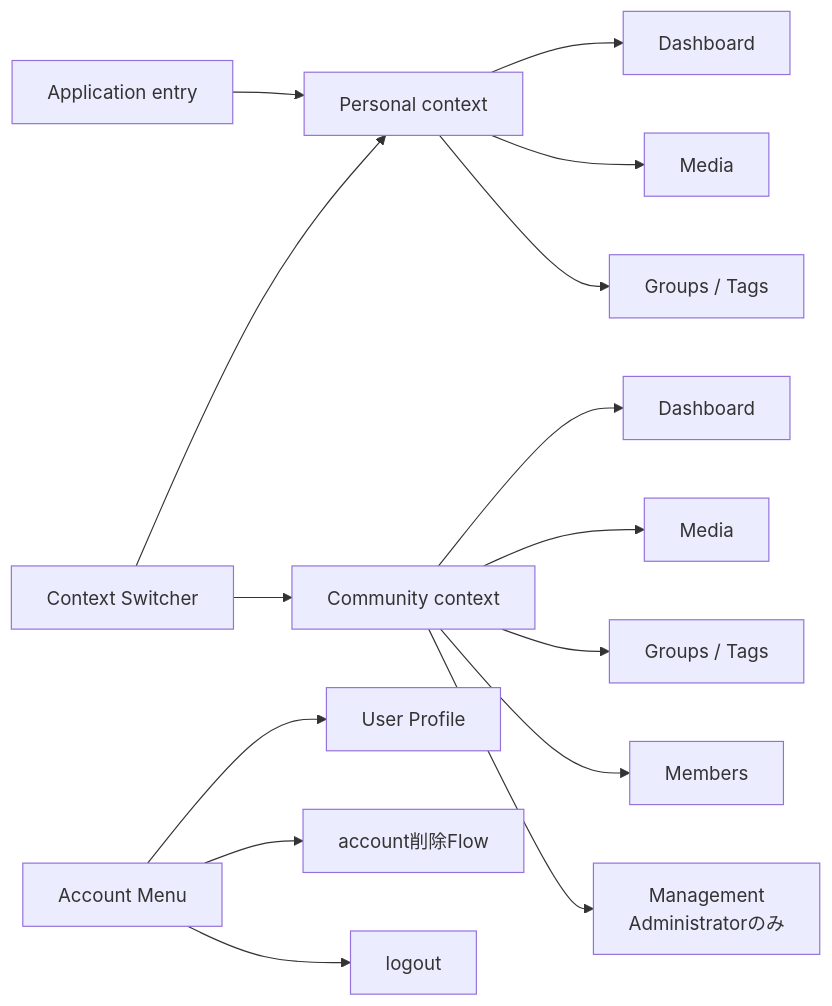
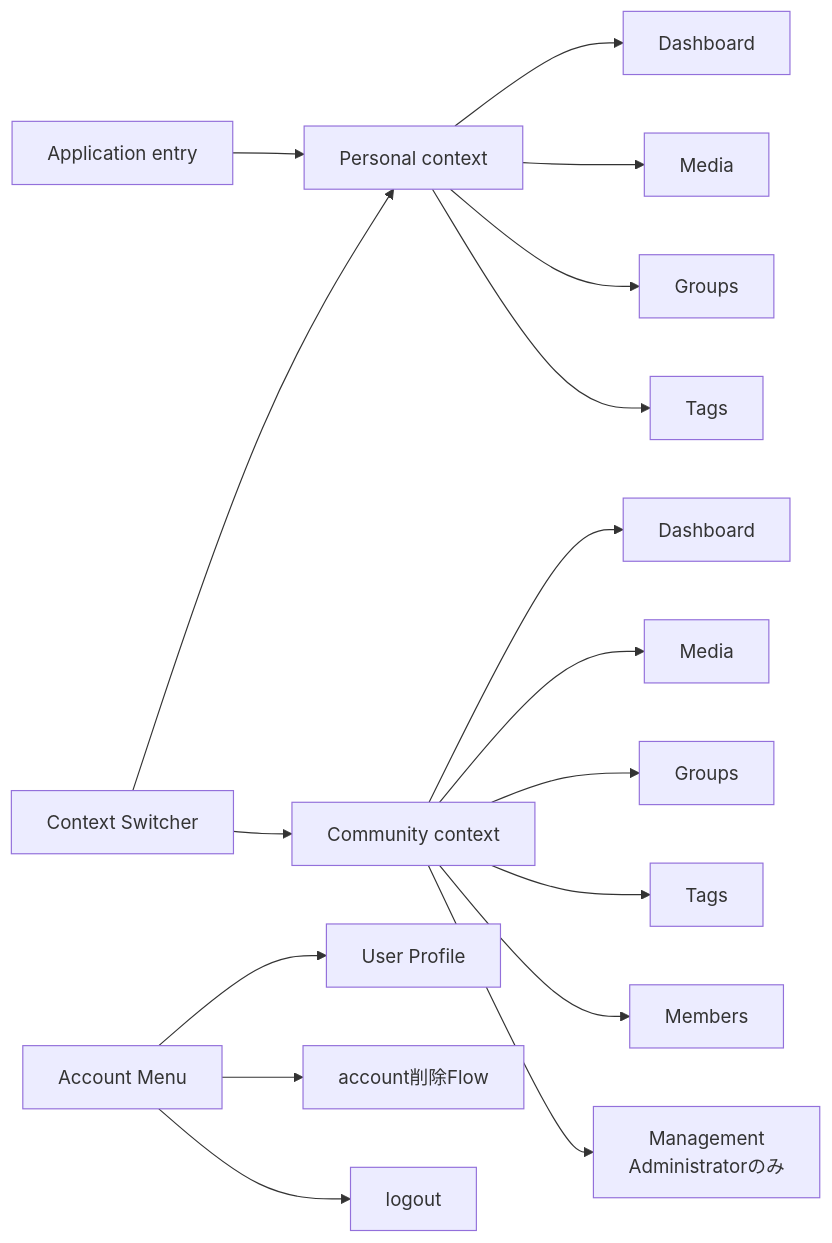
Before and after one commit to hazuki3417/memoria-design: the diagram in content/system/application-information-architecture.mdx, drawn with Mermaid. The commit also changed other lines of this file, not shown here.

````diff
--- a/content/system/application-information-architecture.mdx
+++ b/content/system/application-information-architecture.mdx
@@ -19,17 +19,19 @@
 ```mermaid
 flowchart LR
     Entry["Application entry"] --> Personal["Personal context"]
     Personal --> PDashboard["Dashboard"]
     Personal --> PMedia["Media"]
-    Personal --> PClass["Groups / Tags"]
+    Personal --> PGroups["Groups"]
+    Personal --> PTags["Tags"]
     Switcher["Context Switcher"] --> Personal
     Switcher --> Community["Community context"]
     Community --> CDashboard["Dashboard"]
     Community --> CMedia["Media"]
-    Community --> CClass["Groups / Tags"]
+    Community --> CGroups["Groups"]
+    Community --> CTags["Tags"]
     Community --> Members["Members"]
     Community --> Management["Management<br/>Administratorのみ"]
     Account["Account Menu"] --> Profile["User Profile"]
     Account --> Deletion["account削除Flow"]
     Account --> Logout["logout"]
 ```
````
